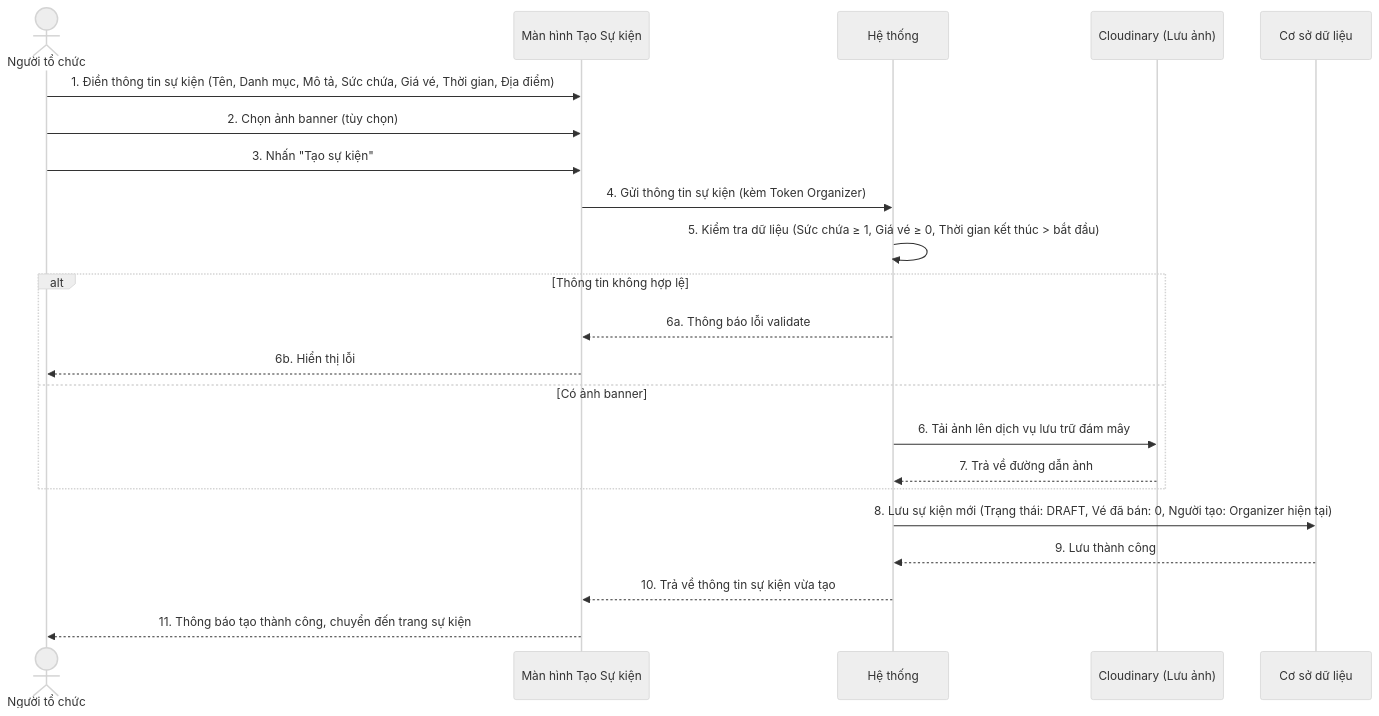
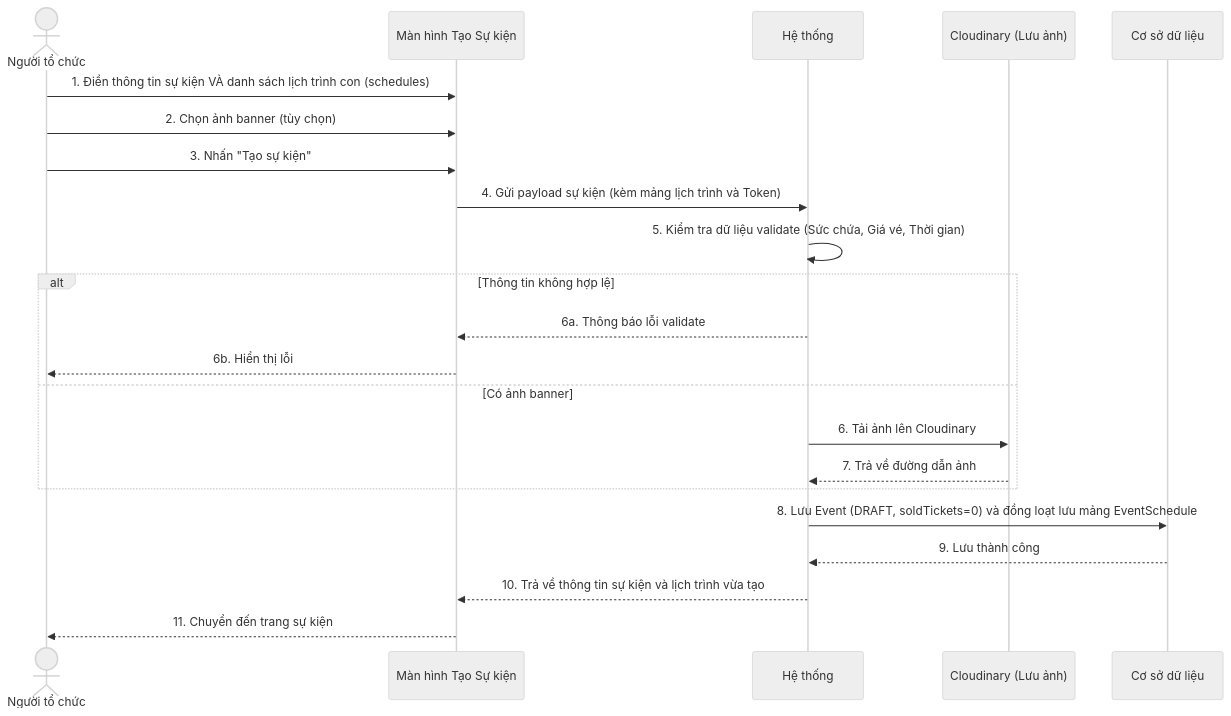
One commit to ChuDucAnh21/BE-quan-ly-su-kien changed the ninth of 12 diagrams in doc/system_analysis/sequence diagram/05b_sequence_event.md. Above: the diagram before and after it, drawn with Mermaid (neutral theme). The commit also changed other lines of this file and 22 other files, not shown here.

````diff
--- a/doc/system_analysis/sequence diagram/05b_sequence_event.md
+++ b/doc/system_analysis/sequence diagram/05b_sequence_event.md
@@ -180,25 +207,25 @@
 ```mermaid
 sequenceDiagram
     actor Org as Người tổ chức
     participant UI as Màn hình Tạo Sự kiện
     participant HT as Hệ thống
     participant Cloud as Cloudinary (Lưu ảnh)
     participant DB as Cơ sở dữ liệu
 
-    Org->>UI: 1. Điền thông tin sự kiện (Tên, Danh mục, Mô tả, Sức chứa, Giá vé, Thời gian, Địa điểm)
+    Org->>UI: 1. Điền thông tin sự kiện VÀ danh sách lịch trình con (schedules)
     Org->>UI: 2. Chọn ảnh banner (tùy chọn)
     Org->>UI: 3. Nhấn "Tạo sự kiện"
-    UI->>HT: 4. Gửi thông tin sự kiện (kèm Token Organizer)
-    HT->>HT: 5. Kiểm tra dữ liệu (Sức chứa ≥ 1, Giá vé ≥ 0, Thời gian kết thúc > bắt đầu)
+    UI->>HT: 4. Gửi payload sự kiện (kèm mảng lịch trình và Token)
+    HT->>HT: 5. Kiểm tra dữ liệu validate (Sức chứa, Giá vé, Thời gian)
     alt Thông tin không hợp lệ
         HT-->>UI: 6a. Thông báo lỗi validate
         UI-->>Org: 6b. Hiển thị lỗi
     else Có ảnh banner
-        HT->>Cloud: 6. Tải ảnh lên dịch vụ lưu trữ đám mây
+        HT->>Cloud: 6. Tải ảnh lên Cloudinary
         Cloud-->>HT: 7. Trả về đường dẫn ảnh
     end
-    HT->>DB: 8. Lưu sự kiện mới (Trạng thái: DRAFT, Vé đã bán: 0, Người tạo: Organizer hiện tại)
+    HT->>DB: 8. Lưu Event (DRAFT, soldTickets=0) và đồng loạt lưu mảng EventSchedule
     DB-->>HT: 9. Lưu thành công
-    HT-->>UI: 10. Trả về thông tin sự kiện vừa tạo
-    UI-->>Org: 11. Thông báo tạo thành công, chuyển đến trang sự kiện
+    HT-->>UI: 10. Trả về thông tin sự kiện và lịch trình vừa tạo
+    UI-->>Org: 11. Chuyển đến trang sự kiện
 ```
````
